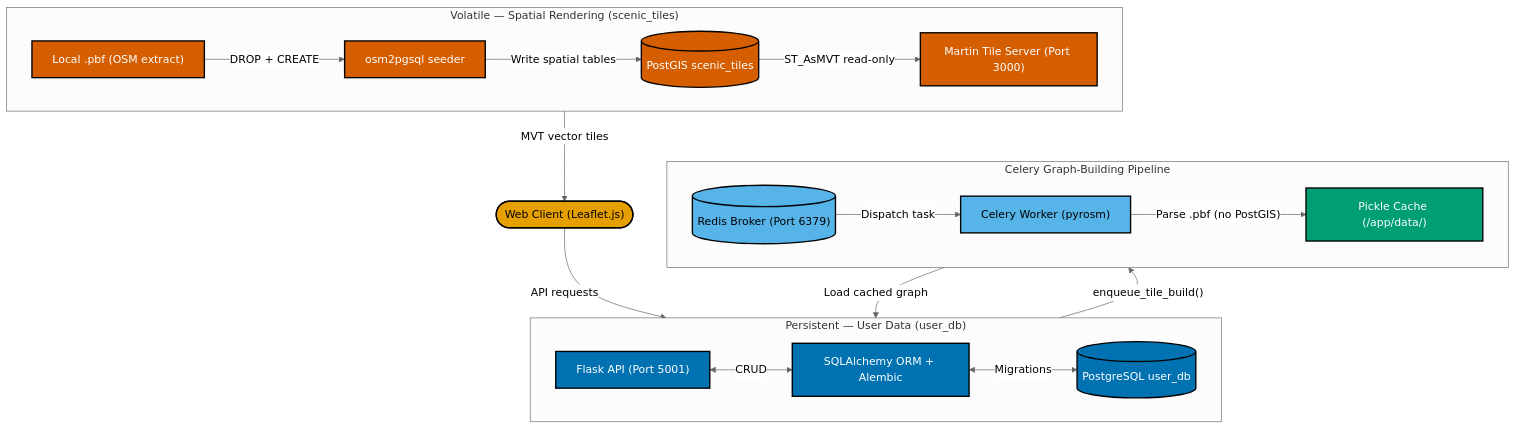
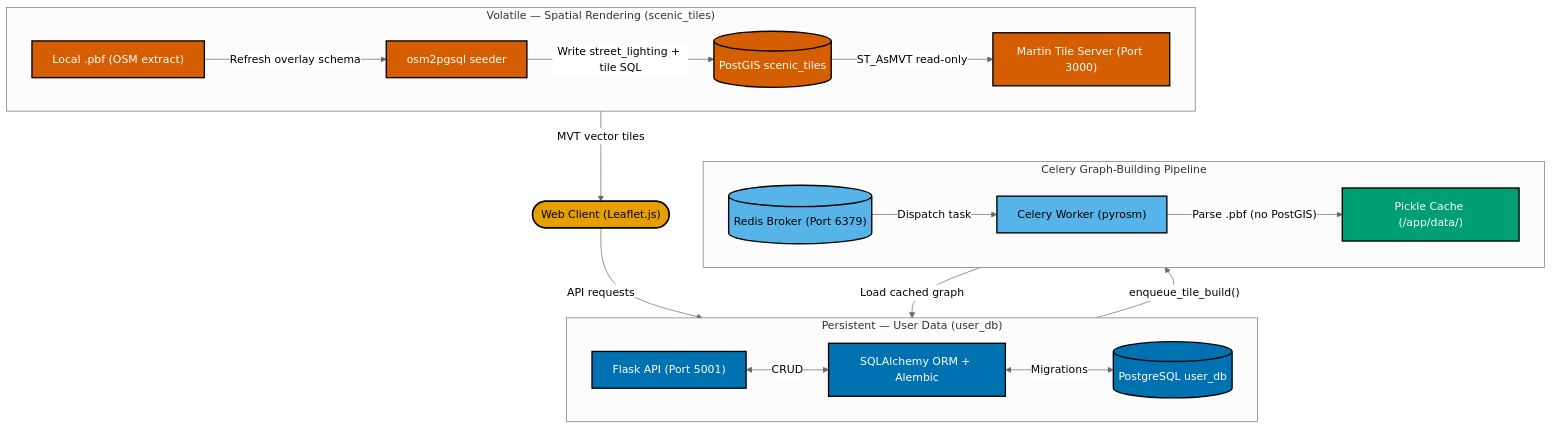
Before and after one commit to Chimpyr/pathfinder-project: the diagram in docs/report_diagrams/4_dual_database_segregation.md, drawn with Mermaid (neutral theme). The commit also changed other lines of this file and 2 other files, not shown here.

Commit message:
update diagrams for street lighting

````diff
--- a/docs/report_diagrams/4_dual_database_segregation.md
+++ b/docs/report_diagrams/4_dual_database_segregation.md
@@ -12,64 +12,64 @@
 ```mermaid
 flowchart TD
     classDef volatile fill:#D55E00,stroke:#000,stroke-width:2px,color:#FFF
     classDef persistent fill:#0072B2,stroke:#000,stroke-width:2px,color:#FFF
     classDef neutral fill:#56B4E9,stroke:#000,stroke-width:2px,color:#000
     classDef client fill:#E69F00,stroke:#000,stroke-width:2px,color:#000
     classDef cache fill:#009E73,stroke:#000,stroke-width:2px,color:#FFF
 
     %% ══════════════════════════════════════
     %%  VOLATILE  (Spatial / Rendering)
     %% ══════════════════════════════════════
     subgraph VOLATILE ["Volatile — Spatial Rendering (scenic_tiles)"]
         direction LR
         PBF["Local .pbf (OSM extract)"]:::volatile
         Seeder["osm2pgsql seeder"]:::volatile
         PostGIS[("PostGIS scenic_tiles")]:::volatile
         Martin["Martin Tile Server (Port 3000)"]:::volatile
 
-        PBF -->|"DROP + CREATE"| Seeder
-        Seeder -->|"Write spatial tables"| PostGIS
+        PBF -->|"Refresh overlay schema"| Seeder
+        Seeder -->|"Write street_lighting + tile SQL"| PostGIS
         PostGIS -->|"ST_AsMVT read-only"| Martin
     end
 
     %% ══════════════════════════════════════
     %%  CLIENT
     %% ══════════════════════════════════════
     Client(["Web Client (Leaflet.js)"]):::client
 
     Martin -->|"MVT vector tiles"| Client
     Client -->|"API requests"| FlaskAPI
 
     %% ══════════════════════════════════════
     %%  PERSISTENT  (User / Application Data)
     %% ══════════════════════════════════════
     subgraph PERSISTENT ["Persistent — User Data (user_db)"]
         direction LR
         FlaskAPI["Flask API (Port 5001)"]:::persistent
         ORM["SQLAlchemy ORM + Alembic"]:::persistent
         UserDB[("PostgreSQL user_db")]:::persistent
 
         FlaskAPI <-->|"CRUD"| ORM
         ORM <-->|"Migrations"| UserDB
     end
 
     %% ══════════════════════════════════════
     %%  CELERY  (Bypasses PostGIS entirely)
     %% ══════════════════════════════════════
     subgraph CELERY ["Celery Graph-Building Pipeline"]
         direction LR
         Redis[("Redis Broker (Port 6379)")]:::neutral
         Worker["Celery Worker (pyrosm)"]:::neutral
         PickleCache["Pickle Cache (/app/data/)"]:::cache
 
         Redis -->|"Dispatch task"| Worker
         Worker -->|"Parse .pbf (no PostGIS)"| PickleCache
     end
 
     %% ── Celery ↔ Flask ───────────────────
     FlaskAPI -->|"enqueue_tile_build()"| Redis
     PickleCache -->|"Load cached graph"| FlaskAPI
 
     %% NOTE: No edges cross VOLATILE / PERSISTENT boundary.
-    %% osm2pgsql can DROP all spatial tables without affecting user_db.
+    %% Seeder refreshes overlay tables/functions without affecting user_db.
 ```
````
